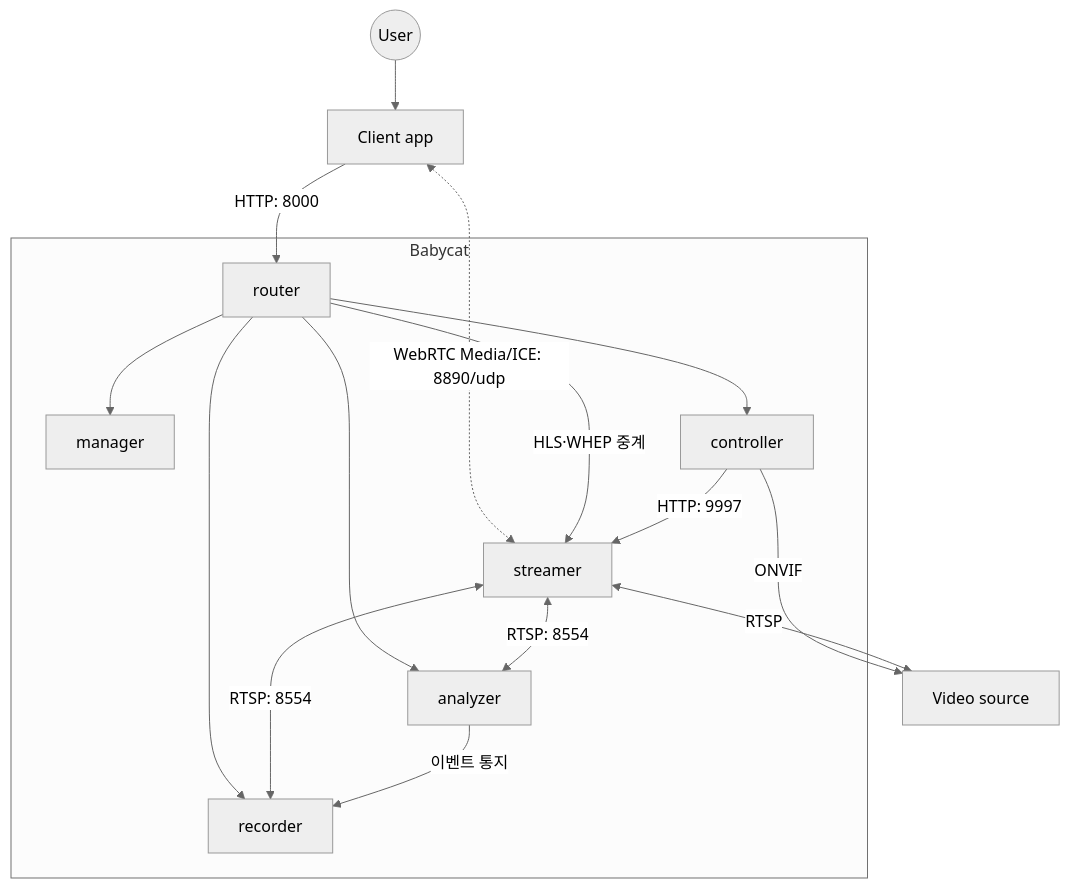
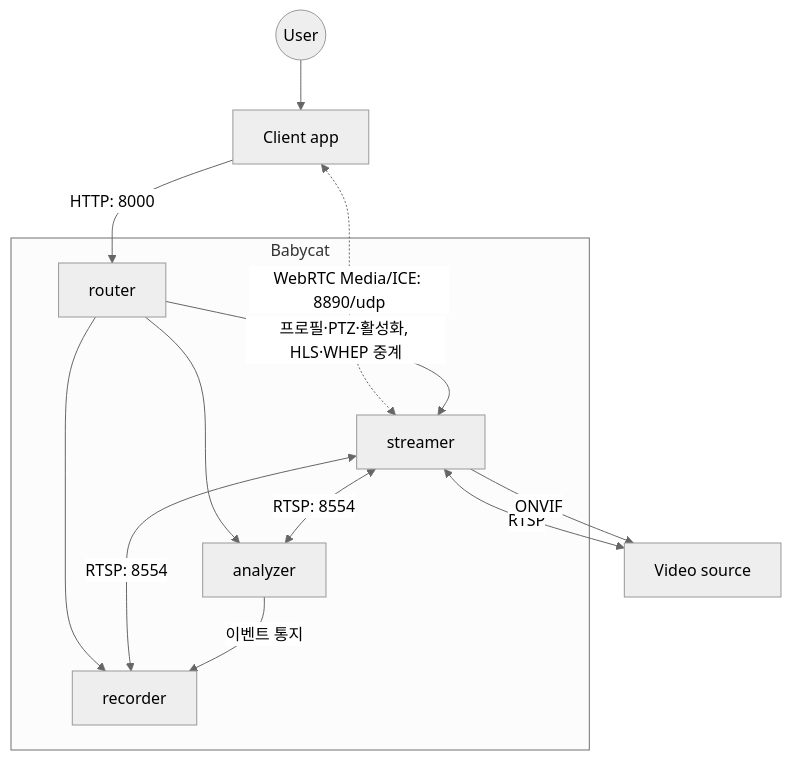
One commit to skim2048/babycat changed the diagram in docs/sdd/figs/3-1.mermaid.md. Above: the diagram before and after it, drawn with Mermaid (neutral theme). The commit also changed 10 other files, not shown here.

First line of the commit message:
Rework the SDD for the four-component architecture

````diff
--- a/docs/sdd/figs/3-1.mermaid.md
+++ b/docs/sdd/figs/3-1.mermaid.md
@@ -1,34 +1,28 @@
 ```mermaid
 flowchart TB
     User(("User"))
     ClientApp["Client app"]
     VideoSource["Video source"]
 
     subgraph Babycat
         Router["router"]
-        Manager["manager"]
-        Controller["controller"]
         Streamer["streamer"]
         Analyzer["analyzer"]
         Recorder["recorder"]
     end
 
     User --> ClientApp
     ClientApp -->|"HTTP: 8000"| Router
     ClientApp <-.->|"WebRTC Media/ICE: 8890/udp"| Streamer
 
-    Router --> Manager
-    Router --> Controller
+    Router -->|"프로필·PTZ·활성화, HLS·WHEP 중계"| Streamer
     Router --> Analyzer
     Router --> Recorder
-    Router -->|"HLS·WHEP 중계"| Streamer
-
-    Controller -->|"HTTP: 9997"| Streamer
-    Controller -->|"ONVIF"| VideoSource
 
     Streamer <-->|"RTSP"| VideoSource
+    Streamer -->|"ONVIF"| VideoSource
     Streamer <-->|"RTSP: 8554"| Analyzer
     Streamer <-->|"RTSP: 8554"| Recorder
 
     Analyzer -->|"이벤트 통지"| Recorder
 ```
````
